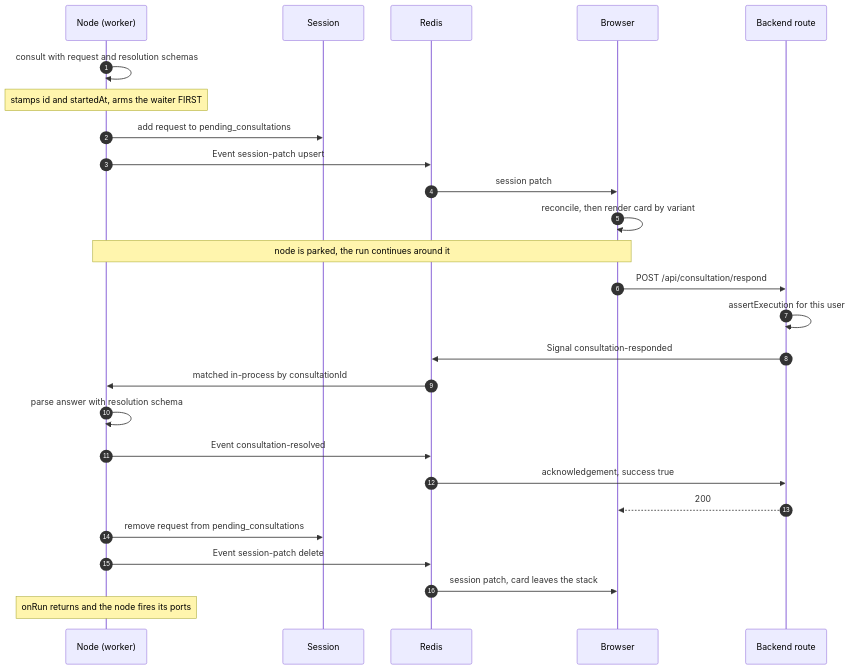
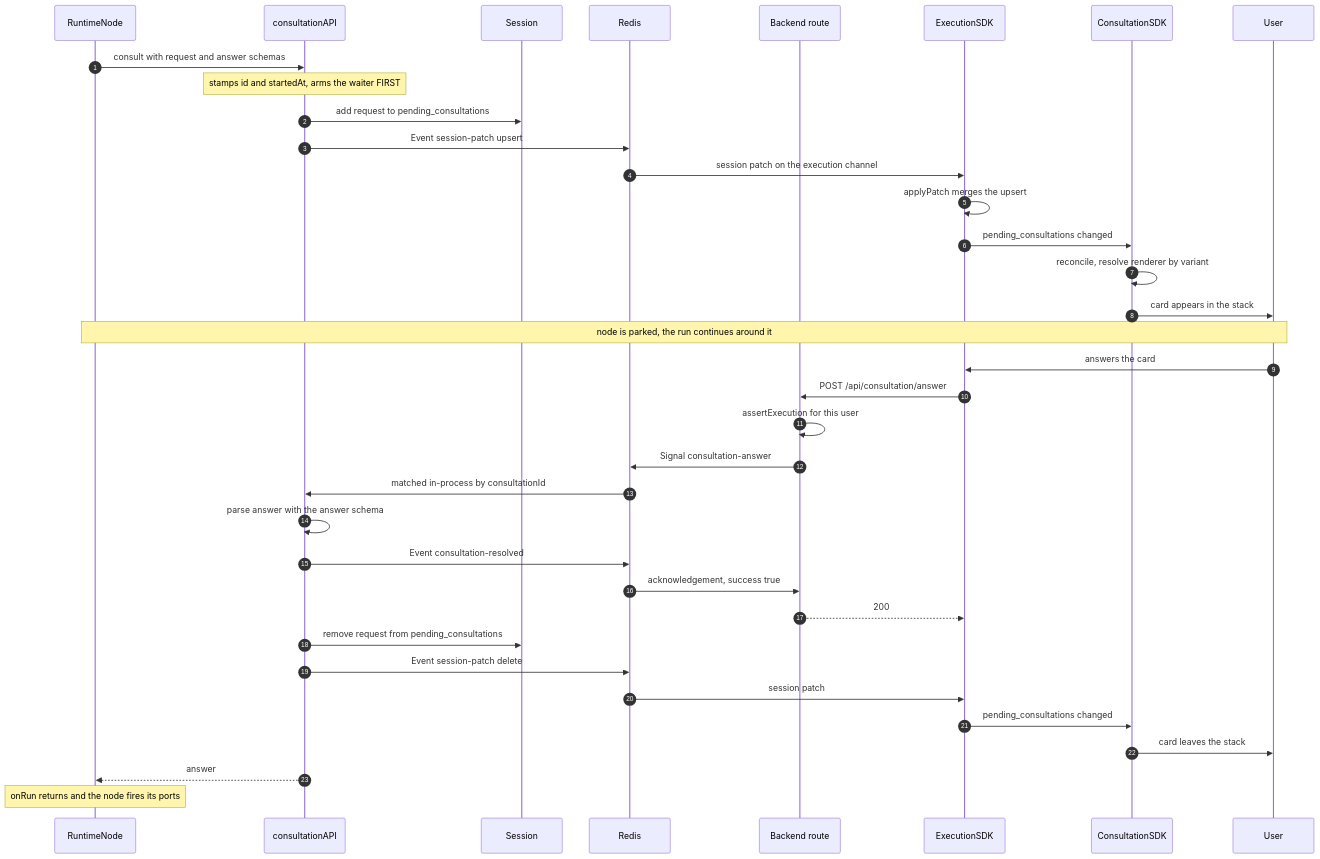
The diagram in docs/consultation-flow.md (RolandTeslaru/Pretzel-Graph), drawn with Mermaid before and after one commit. The commit also changed other lines of this file and 28 other files, not shown here.

First line of the commit message:
feat: implement consultation answer mechanism and refactor related components

````diff
--- a/docs/consultation-flow.md
+++ b/docs/consultation-flow.md
@@ -34,30 +34,40 @@
 ```mermaid
 sequenceDiagram
     autonumber
-    participant N as Node (worker)
+    participant N as RuntimeNode
+    participant C as consultationAPI
     participant S as Session
     participant R as Redis
-    participant B as Browser
     participant API as Backend route
+    participant E as ExecutionSDK
+    participant CS as ConsultationSDK
+    participant U as User
 
-    N->>N: consult with request and resolution schemas
-    Note over N: stamps id and startedAt, arms the waiter FIRST
-    N->>S: add request to pending_consultations
-    N->>R: Event session-patch upsert
-    R->>B: session patch
-    B->>B: reconcile, then render card by variant
-    Note over N,B: node is parked, the run continues around it
+    N->>C: consult with request and answer schemas
+    Note over C: stamps id and startedAt, arms the waiter FIRST
+    C->>S: add request to pending_consultations
+    C->>R: Event session-patch upsert
+    R->>E: session patch on the execution channel
+    E->>E: applyPatch merges the upsert
+    E->>CS: pending_consultations changed
+    CS->>CS: reconcile, resolve renderer by variant
+    CS->>U: card appears in the stack
+    Note over N,U: node is parked, the run continues around it
 
-    B->>API: POST /api/consultation/respond
+    U->>E: answers the card
+    E->>API: POST /api/consultation/answer
     API->>API: assertExecution for this user
-    API->>R: Signal consultation-responded
-    R->>N: matched in-process by consultationId
-    N->>N: parse answer with resolution schema
-    N->>R: Event consultation-resolved
+    API->>R: Signal consultation-answer
+    R->>C: matched in-process by consultationId
+    C->>C: parse answer with the answer schema
+    C->>R: Event consultation-resolved
     R->>API: acknowledgement, success true
-    API-->>B: 200
-    N->>S: remove request from pending_consultations
-    N->>R: Event session-patch delete
-    R->>B: session patch, card leaves the stack
+    API-->>E: 200
+    C->>S: remove request from pending_consultations
+    C->>R: Event session-patch delete
+    R->>E: session patch
+    E->>CS: pending_consultations changed
+    CS->>U: card leaves the stack
+    C-->>N: answer
     Note over N: onRun returns and the node fires its ports
 ```
````
